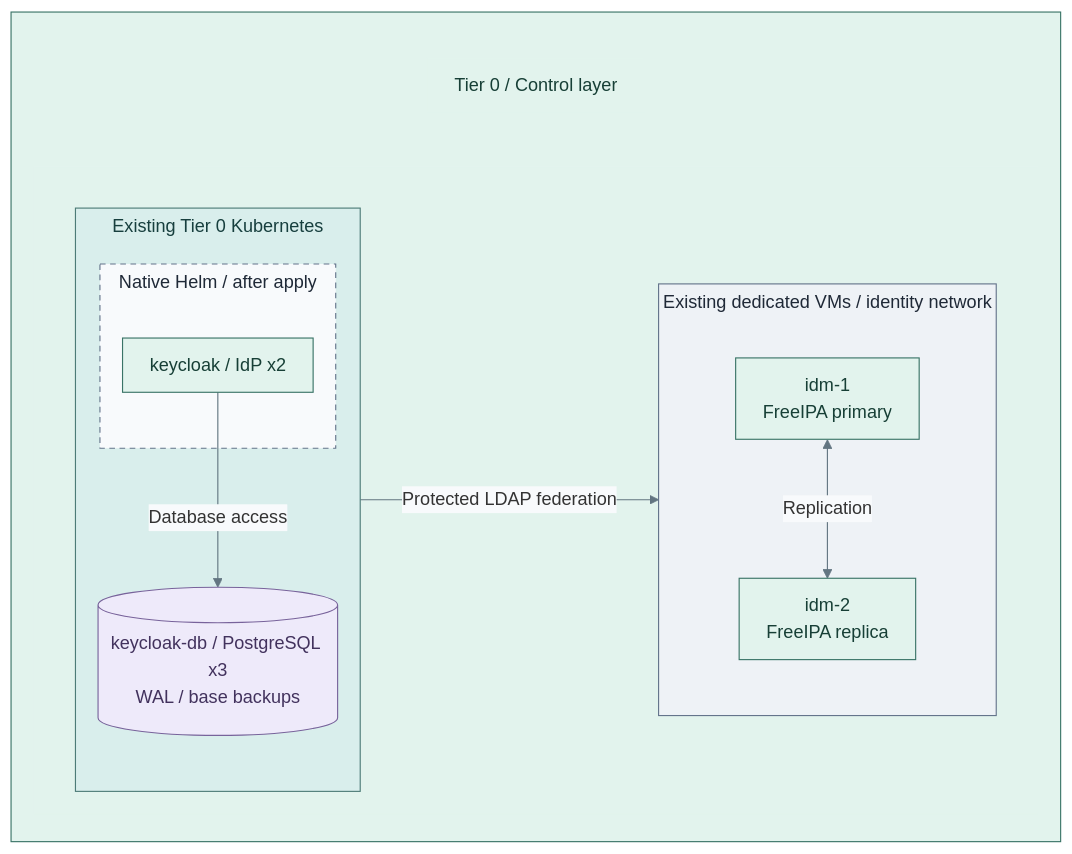
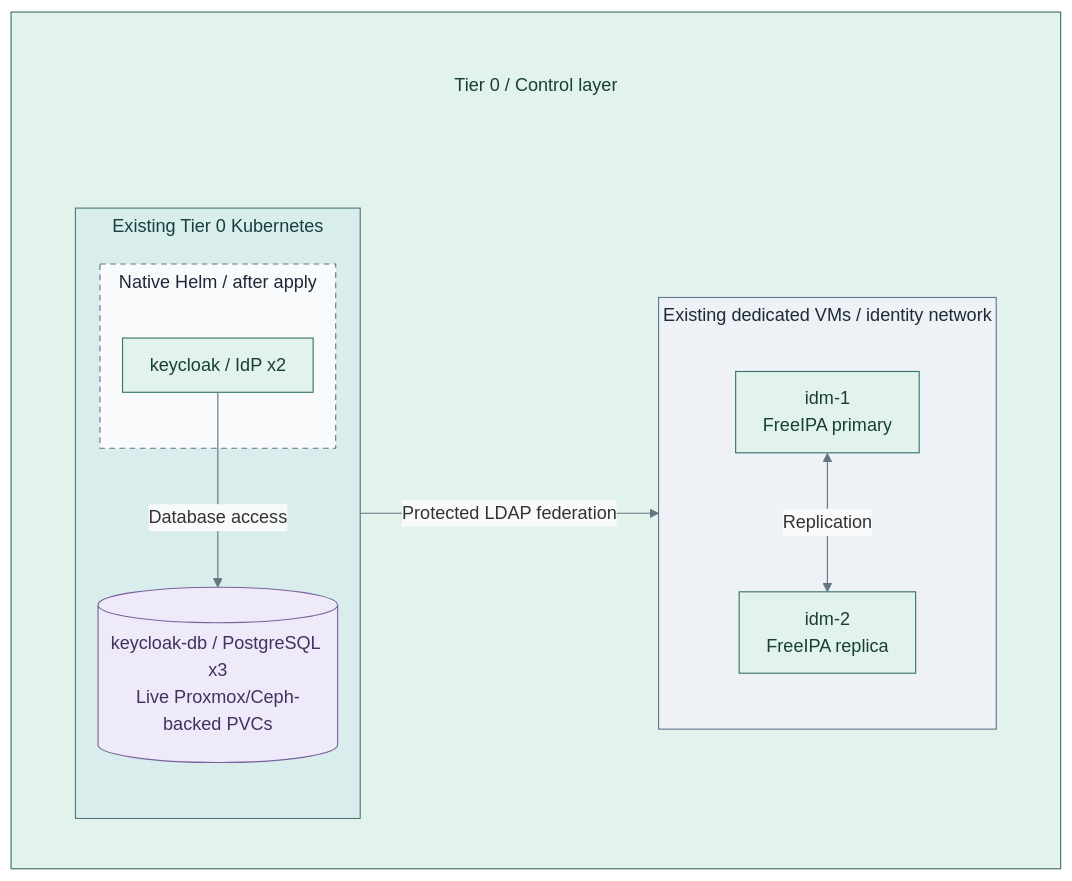
Before and after one commit to Rexus/homelab: the second of 2 diagrams in docs/deployment/stage-5-identity/README.md, drawn with Mermaid. The commit also changed other lines of this file and 363 other files, not shown here.

````diff
--- a/docs/deployment/stage-5-identity/README.md
+++ b/docs/deployment/stage-5-identity/README.md
@@ -73,40 +73,40 @@
 ```mermaid
 %%{init: {"theme":"base","flowchart":{"nodeSpacing":20,"rankSpacing":24,"padding":12,"subGraphTitleMargin":{"top":4,"bottom":12}},"themeVariables":{"lineColor":"#627581","edgeLabelBackground":"#f8fafc"}}}%%
 flowchart TB
   subgraph T0[" "]
     direction TB
     T0Title["Tier 0 / Control layer"]
     subgraph Placement[" "]
       direction LR
       subgraph Cluster["Existing Tier 0 Kubernetes"]
         direction TB
         subgraph Added["Native Helm / after apply"]
           Keycloak["keycloak / IdP x2"]
         end
-        Data[("keycloak-db / PostgreSQL x3<br/>WAL / base backups")]
+        Data[("keycloak-db / PostgreSQL x3<br/>Live Proxmox/Ceph-backed PVCs")]
         Keycloak -->|Database access| Data
       end
       subgraph Identity["Existing dedicated VMs / identity network"]
         direction TB
         Primary["idm-1<br/>FreeIPA primary"]
         Replica["idm-2<br/>FreeIPA replica"]
         Primary <-->|Replication| Replica
       end
       Cluster -->|Protected LDAP federation| Identity
     end
     T0Title ~~~ Placement
   end
   classDef default fill:#f8fafc,stroke:#64748b,color:#1f2937
   classDef control fill:#e2f3ed,stroke:#397366,color:#173f36
   classDef controlHeading fill:#e2f3ed,stroke:#e2f3ed,color:#173f36
   classDef runtime fill:#d9eeec,stroke:#4d7b77,color:#173f3e
   classDef boundary fill:#eef2f6,stroke:#64748b,color:#1f2937
   classDef data fill:#eeeafa,stroke:#78639b,color:#42325d
   classDef replicas fill:#f8fafc,stroke:#64748b,color:#1f2937,stroke-dasharray:5 4
   class T0,Keycloak,Primary,Replica control
   class T0Title,Placement controlHeading
   class Cluster runtime
   class Identity boundary
   class Data data
   class Added replicas
 ```
````
